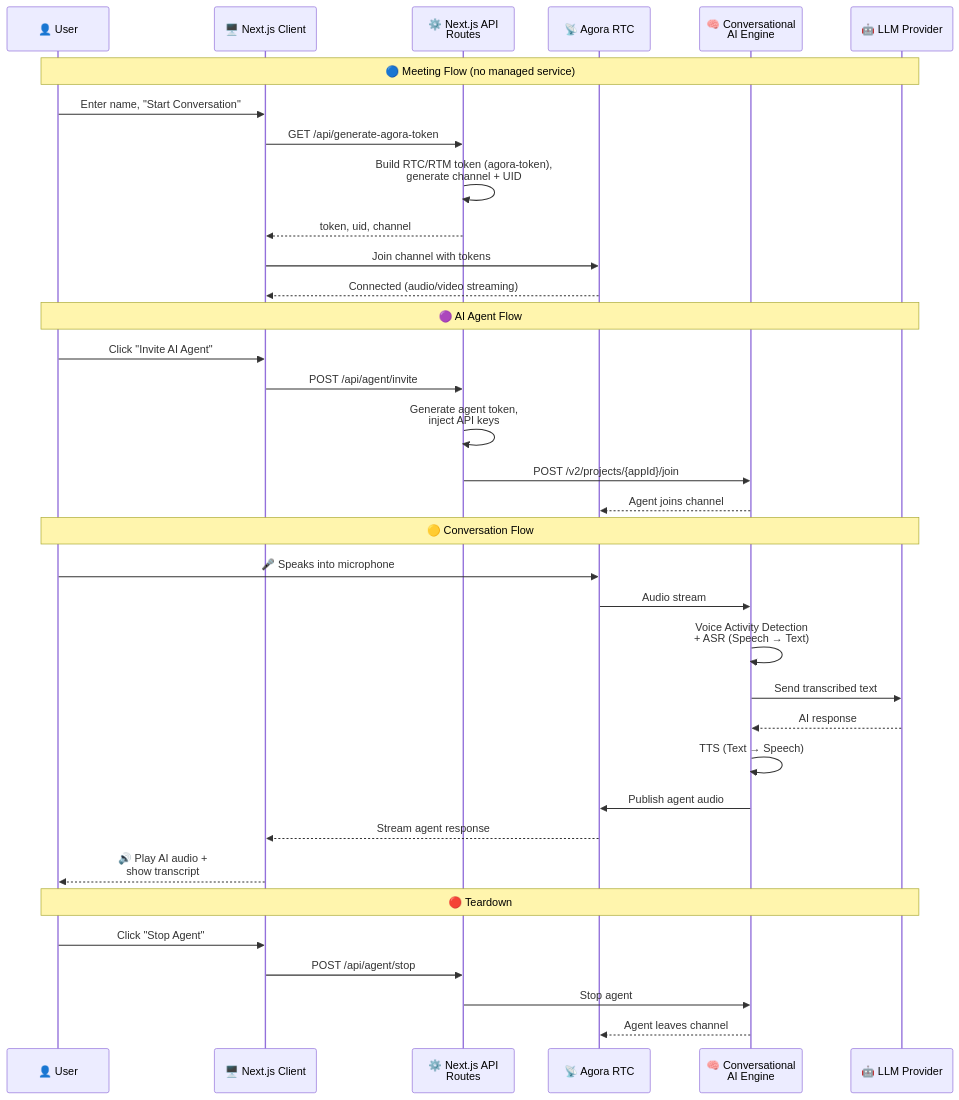
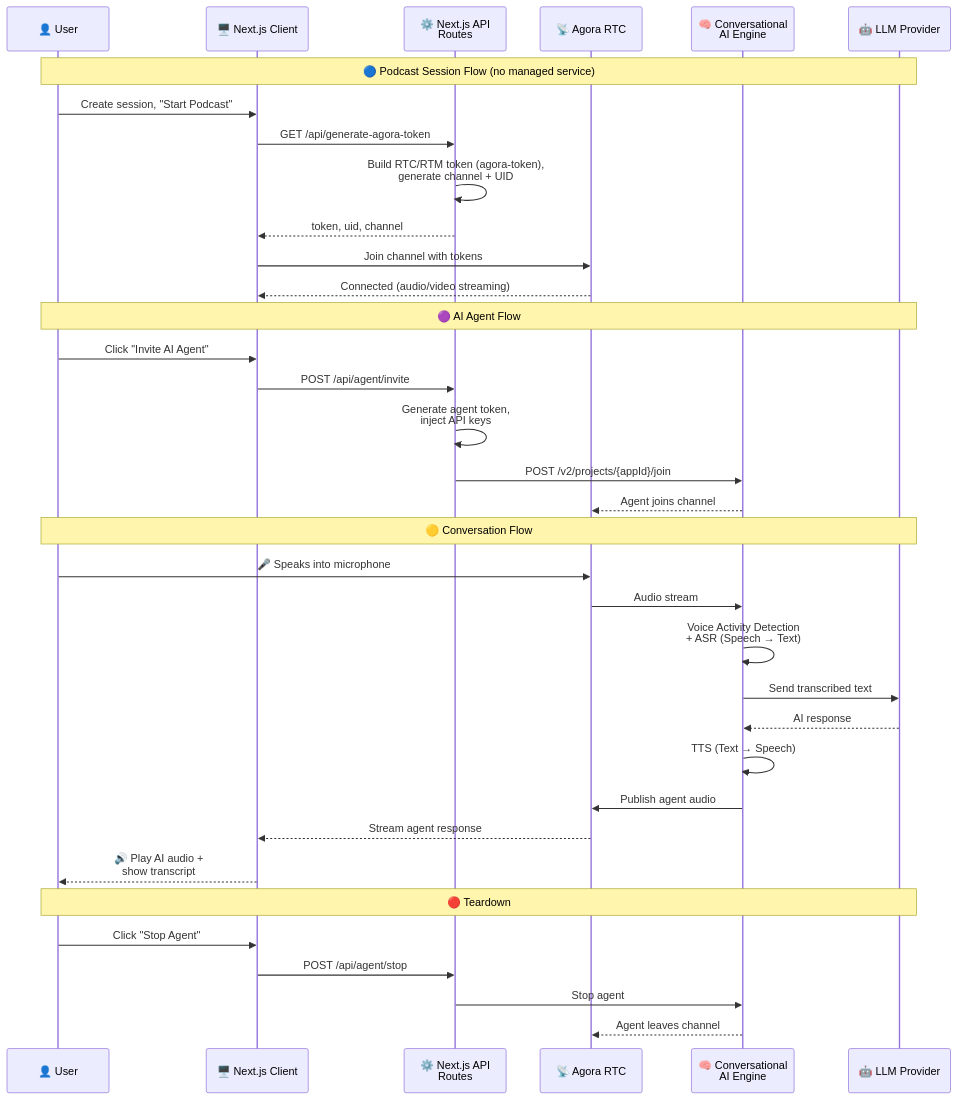
One commit to bhupendra1011/sample-agent changed the diagram in README.md. Above: the diagram before and after it, drawn with Mermaid. The commit also changed other lines of this file, not shown here.

````diff
--- a/README.md
+++ b/README.md
@@ -62,45 +63,45 @@
 ```mermaid
 sequenceDiagram
     participant U as 👤 User
     participant C as 🖥️ Next.js Client
     participant API as ⚙️ Next.js API<br/>Routes
     participant RTC as 📡 Agora RTC
     participant AI as 🧠 Conversational<br/>AI Engine
     participant LLM as 🤖 LLM Provider
 
-    Note over U,LLM: 🔵 Meeting Flow (no managed service)
+    Note over U,LLM: 🔵 Podcast Session Flow (no managed service)
 
-    U->>C: Enter name, "Start Conversation"
+    U->>C: Create session, "Start Podcast"
     C->>API: GET /api/generate-agora-token
     API->>API: Build RTC/RTM token (agora-token),<br/>generate channel + UID
     API-->>C: token, uid, channel
     C->>RTC: Join channel with tokens
     RTC-->>C: Connected (audio/video streaming)
 
     Note over U,LLM: 🟣 AI Agent Flow
 
     U->>C: Click "Invite AI Agent"
     C->>API: POST /api/agent/invite
     API->>API: Generate agent token,<br/>inject API keys
     API->>AI: POST /v2/projects/{appId}/join
     AI-->>RTC: Agent joins channel
 
     Note over U,LLM: 🟡 Conversation Flow
 
     U->>RTC: 🎤 Speaks into microphone
     RTC->>AI: Audio stream
     AI->>AI: Voice Activity Detection<br/>+ ASR (Speech → Text)
     AI->>LLM: Send transcribed text
     LLM-->>AI: AI response
     AI->>AI: TTS (Text → Speech)
     AI->>RTC: Publish agent audio
     RTC-->>C: Stream agent response
     C-->>U: 🔊 Play AI audio +<br/>show transcript
 
     Note over U,LLM: 🔴 Teardown
 
     U->>C: Click "Stop Agent"
     C->>API: POST /api/agent/stop
     API->>AI: Stop agent
     AI-->>RTC: Agent leaves channel
 ```
````
